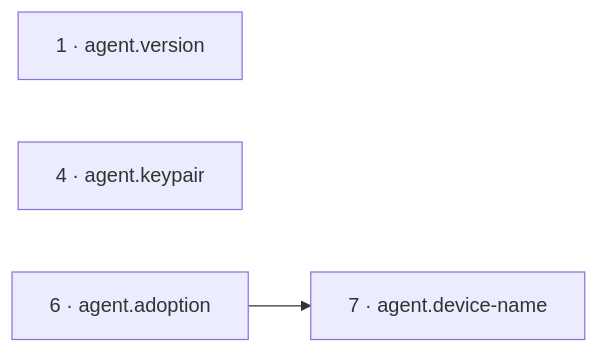
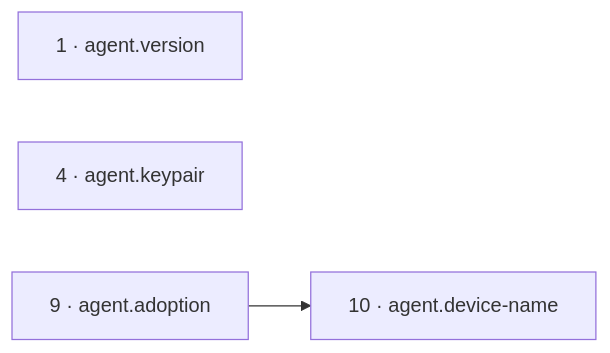
One commit to SixFive7/FrameLink changed the second of 21 diagrams in reference/reconcile-dag.md. Above: the diagram before and after it, drawn with Mermaid. The commit also changed other lines of this file and 12 other files, not shown here.

````diff
--- a/reference/reconcile-dag.md
+++ b/reference/reconcile-dag.md
@@ -228,8 +231,8 @@
 ```mermaid
 flowchart LR
   r1["1 · agent.version"]
   r4["4 · agent.keypair"]
-  r6["6 · agent.adoption"]
-  r7["7 · agent.device-name"]
-  r6 --> r7
+  r9["9 · agent.adoption"]
+  r10["10 · agent.device-name"]
+  r9 --> r10
 ```
````
